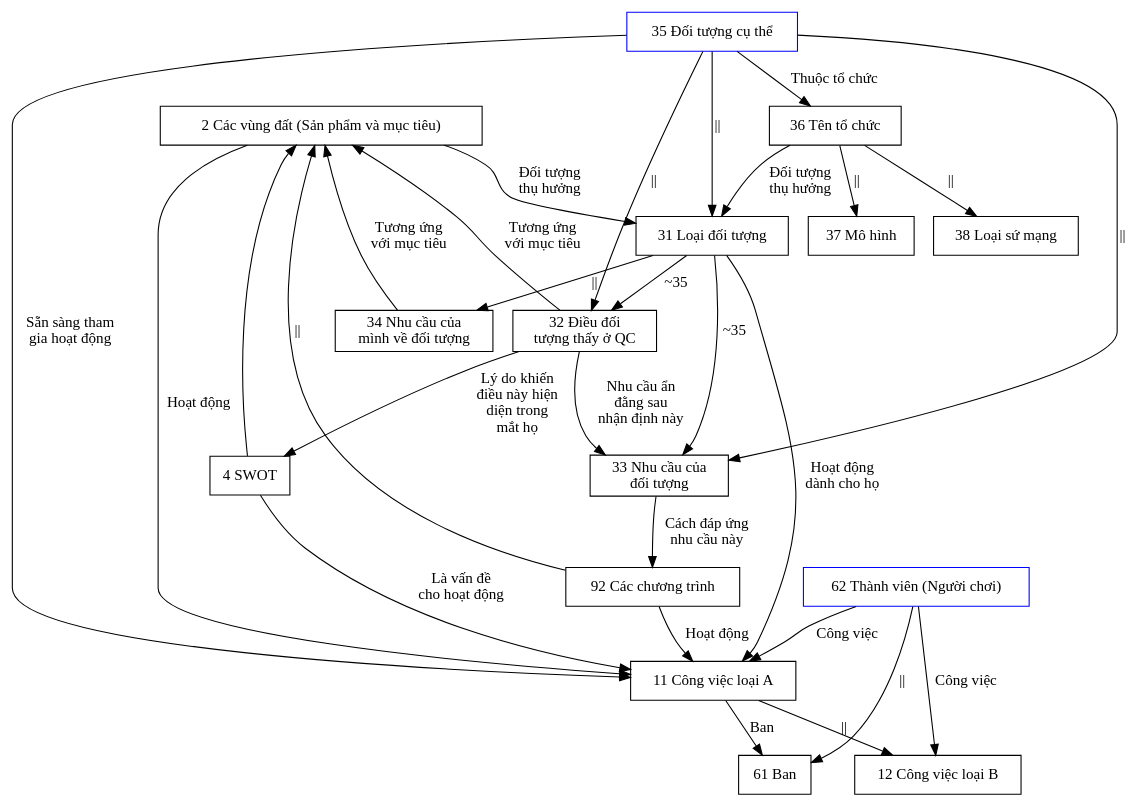
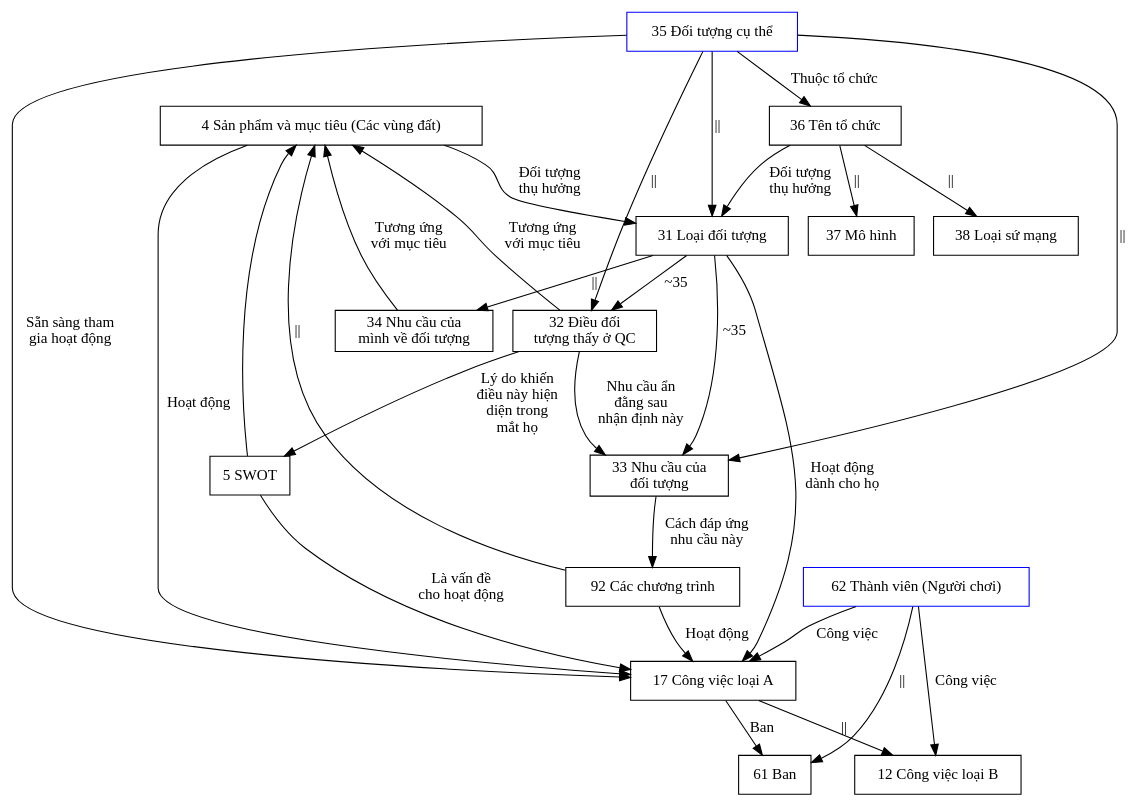
Before and after one commit to QuaCau-TheSphere/LandofSpheres: the first of 2 diagrams in Ξ Meta 0/03 Lược đồ.md, drawn with Graphviz. The commit also changed other lines of this file and 6903 other files, not shown here.

````diff
--- a/Ξ Meta 0/03 Lược đồ.md
+++ b/Ξ Meta 0/03 Lược đồ.md
@@ -5,55 +5,55 @@
 ```dot
 digraph {
 overlap = scale
 //overlap = false;
 splines = true
 
 node [shape=round] 
-2 [label="2 Các vùng đất (Sản phẩm và mục tiêu)"] 
-4 [label="4 SWOT"] 
+2 [label="4 Sản phẩm và mục tiêu (Các vùng đất)"] 
+4 [label="5 SWOT"] 
 
-11 [label="11 Công việc loại A"] 
+11 [label="17 Công việc loại A"] 
 12 [label="12 Công việc loại B"] 
 
 31 [label="31 Loại đối tượng"] 
 32 [label="32 Điều đối\ntượng thấy ở QC"] 
 33 [label="33 Nhu cầu của\nđối tượng"] 
 34 [label="34 Nhu cầu của\nmình về đối tượng"] 
 35 [label="35 Đối tượng cụ thể" color=blue] 
 36 [label="36 Tên tổ chức"] 
 37 [label="37 Mô hình"] 
 38 [label="38 Loại sứ mạng"] 
 
 61 [label="61 Ban"] 
 62 [label="62 Thành viên (Người chơi)" color=blue] 
 
 92 [label="92 Các chương trình"]
 
 35 -> {31,32, 33} [label="||" ]
 31 -> {32} [label="~35"] 
 31 -> 33 [label="~35"] 
 31 -> 34 [label="||"] 
 32 -> 4 [label="Lý do khiến\nđiều này hiện\ndiện trong\nmắt họ"] 
 32 -> 33 [label="Nhu cầu ẩn\nđằng sau\nnhận định này"] 
 {34, 32} -> 2 [label="Tương ứng\nvới mục tiêu" ] 
 35 -> 36 [label="Thuộc tổ chức"]
 36 -> {37, 38} [label="||"]
 36 -> 31 [label="Đối tượng\nthụ hưởng"]
 33 -> 92 [label="Cách đáp ứng\nnhu cầu này"]
 92 -> 11 [label="Hoạt động"]
 
 35 -> 11 [label="Sẵn sàng tham\ngia hoạt động"]
 31 -> 11 [label="Hoạt động\ndành cho họ"]
 2 -> 11 [label="Hoạt động"] 
 2 -> 31 [label="Đối tượng\nthụ hưởng"]
 4 -> 11 [label="Là vấn đề\ncho hoạt động"]
 92 -> 2 [label="||"]
 4 -> 2
 
 11 -> 12 [label="||"]
 11 -> 61 [label="Ban"]
 
 62 -> {11, 12} [label="Công việc"]
 62 -> 61 [label="||"]
 }
 ```
````
